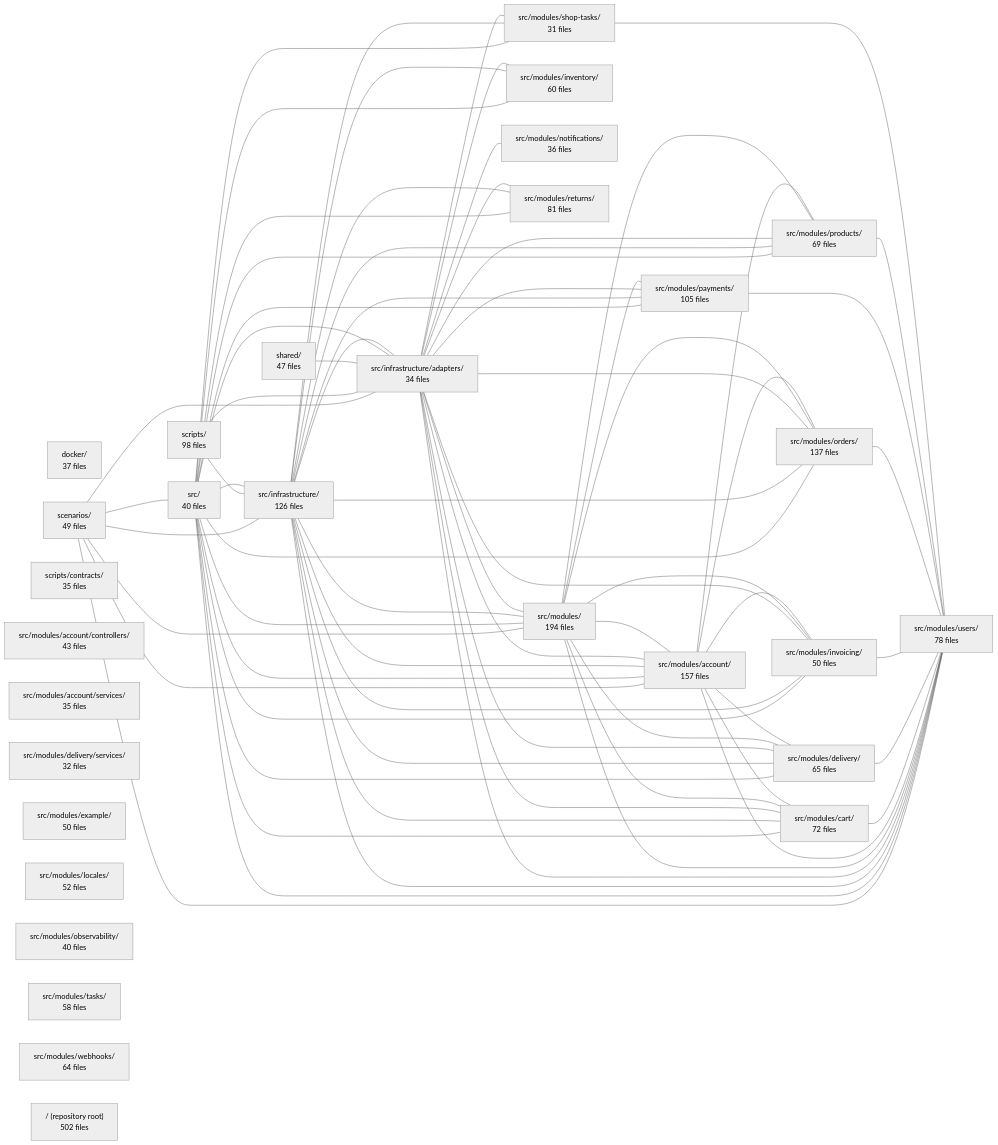
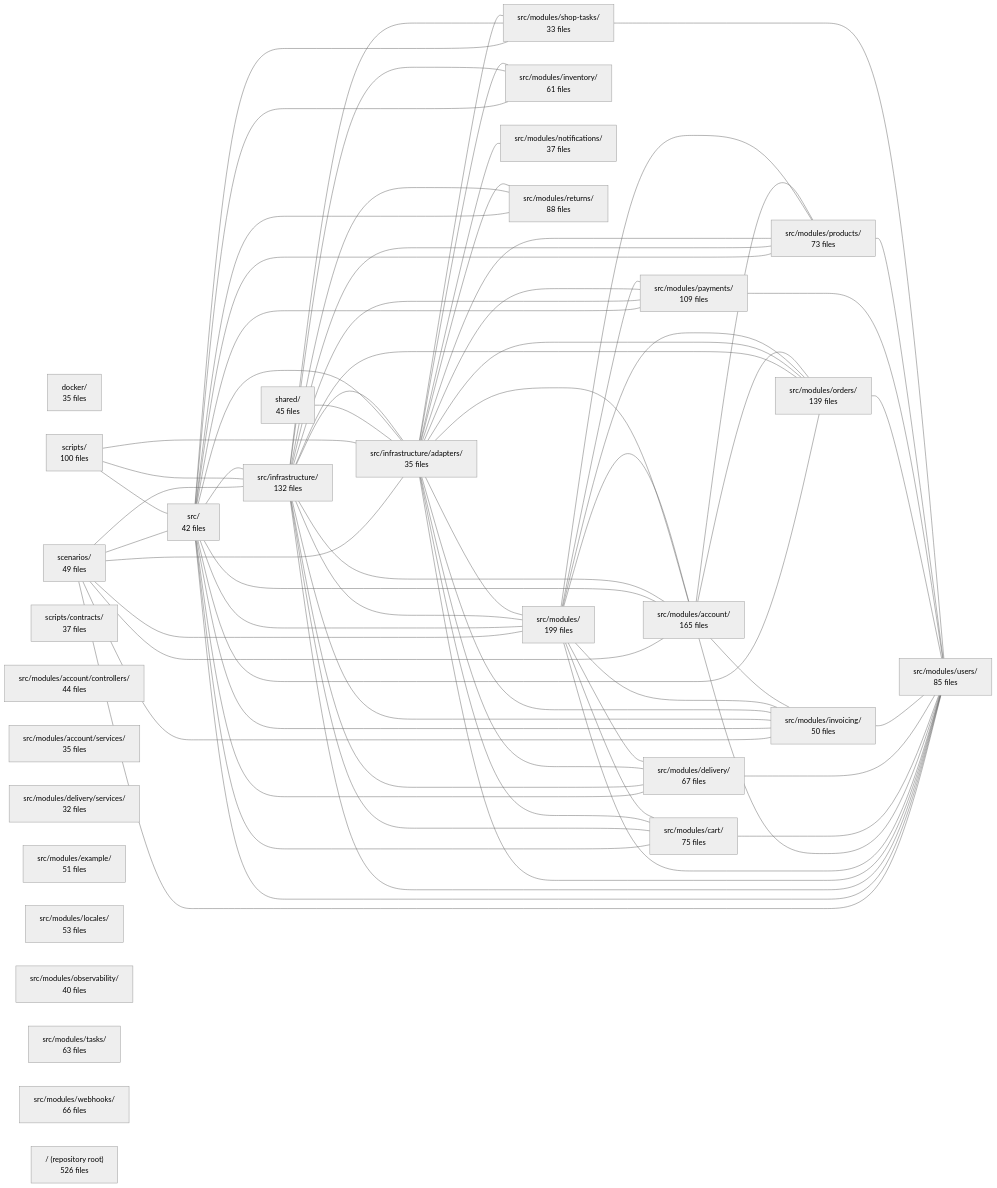
The diagram in .2brain/modules/boilerplate-node-backend_INDEX.md (Guebbit/boilerplate-node-backend), drawn with Mermaid (neutral theme) before and after one commit. The commit also changed other lines of this file and 1102 other files, not shown here.

````diff
--- a/.2brain/modules/boilerplate-node-backend_INDEX.md
+++ b/.2brain/modules/boilerplate-node-backend_INDEX.md
@@ -16,41 +16,43 @@
 ```mermaid
 flowchart LR
-    m_docker["docker/<br/>37 files"]
+    m_docker["docker/<br/>35 files"]
     m_scenarios["scenarios/<br/>49 files"]
-    m_scripts["scripts/<br/>98 files"]
-    m_scripts_contracts["scripts/contracts/<br/>35 files"]
-    m_shared["shared/<br/>47 files"]
-    m_src["src/<br/>40 files"]
-    m_src_infrastructure["src/infrastructure/<br/>126 files"]
-    m_src_infrastructure_adapters["src/infrastructure/adapters/<br/>34 files"]
-    m_src_modules["src/modules/<br/>194 files"]
-    m_src_modules_account["src/modules/account/<br/>157 files"]
-    m_src_modules_account_controllers["src/modules/account/controllers/<br/>43 files"]
+    m_scripts["scripts/<br/>100 files"]
+    m_scripts_contracts["scripts/contracts/<br/>37 files"]
+    m_shared["shared/<br/>45 files"]
+    m_src["src/<br/>42 files"]
+    m_src_infrastructure["src/infrastructure/<br/>132 files"]
+    m_src_infrastructure_adapters["src/infrastructure/adapters/<br/>35 files"]
+    m_src_modules["src/modules/<br/>199 files"]
+    m_src_modules_account["src/modules/account/<br/>165 files"]
+    m_src_modules_account_controllers["src/modules/account/controllers/<br/>44 files"]
     m_src_modules_account_services["src/modules/account/services/<br/>35 files"]
-    m_src_modules_cart["src/modules/cart/<br/>72 files"]
-    m_src_modules_delivery["src/modules/delivery/<br/>65 files"]
+    m_src_modules_cart["src/modules/cart/<br/>75 files"]
+    m_src_modules_delivery["src/modules/delivery/<br/>67 files"]
     m_src_modules_delivery_services["src/modules/delivery/services/<br/>32 files"]
-    m_src_modules_example["src/modules/example/<br/>50 files"]
-    m_src_modules_inventory["src/modules/inventory/<br/>60 files"]
+    m_src_modules_example["src/modules/example/<br/>51 files"]
+    m_src_modules_inventory["src/modules/inventory/<br/>61 files"]
     m_src_modules_invoicing["src/modules/invoicing/<br/>50 files"]
-    m_src_modules_locales["src/modules/locales/<br/>52 files"]
-    m_src_modules_notifications["src/modules/notifications/<br/>36 files"]
+    m_src_modules_locales["src/modules/locales/<br/>53 files"]
+    m_src_modules_notifications["src/modules/notifications/<br/>37 files"]
     m_src_modules_observability["src/modules/observability/<br/>40 files"]
-    m_src_modules_orders["src/modules/orders/<br/>137 files"]
-    m_src_modules_payments["src/modules/payments/<br/>105 files"]
-    m_src_modules_products["src/modules/products/<br/>69 files"]
-    m_src_modules_returns["src/modules/returns/<br/>81 files"]
-    m_src_modules_shop_tasks["src/modules/shop-tasks/<br/>31 files"]
-    m_src_modules_tasks["src/modules/tasks/<br/>58 files"]
-    m_src_modules_users["src/modules/users/<br/>78 files"]
-    m_src_modules_webhooks["src/modules/webhooks/<br/>64 files"]
-    m_root["/ (repository root)<br/>502 files"]
+    m_src_modules_orders["src/modules/orders/<br/>139 files"]
+    m_src_modules_payments["src/modules/payments/<br/>109 files"]
+    m_src_modules_products["src/modules/products/<br/>73 files"]
+    m_src_modules_returns["src/modules/returns/<br/>88 files"]
+    m_src_modules_shop_tasks["src/modules/shop-tasks/<br/>33 files"]
+    m_src_modules_tasks["src/modules/tasks/<br/>63 files"]
+    m_src_modules_users["src/modules/users/<br/>85 files"]
+    m_src_modules_webhooks["src/modules/webhooks/<br/>66 files"]
+    m_root["/ (repository root)<br/>526 files"]
     m_scenarios --- m_src
     m_scenarios --- m_src_infrastructure
     m_scenarios --- m_src_infrastructure_adapters
     m_scenarios --- m_src_modules
     m_scenarios --- m_src_modules_account
+    m_scenarios --- m_src_modules_invoicing
     m_scenarios --- m_src_modules_users
+    m_scripts --- m_src
     m_scripts --- m_src_infrastructure
     m_scripts --- m_src_infrastructure_adapters
     m_shared --- m_src_infrastructure_adapters
@@ -102,8 +104,6 @@
     m_src_modules --- m_src_modules_payments
     m_src_modules --- m_src_modules_products
     m_src_modules --- m_src_modules_users
-    m_src_modules_account --- m_src_modules_cart
-    m_src_modules_account --- m_src_modules_delivery
     m_src_modules_account --- m_src_modules_invoicing
     m_src_modules_account --- m_src_modules_orders
     m_src_modules_account --- m_src_modules_products
````
